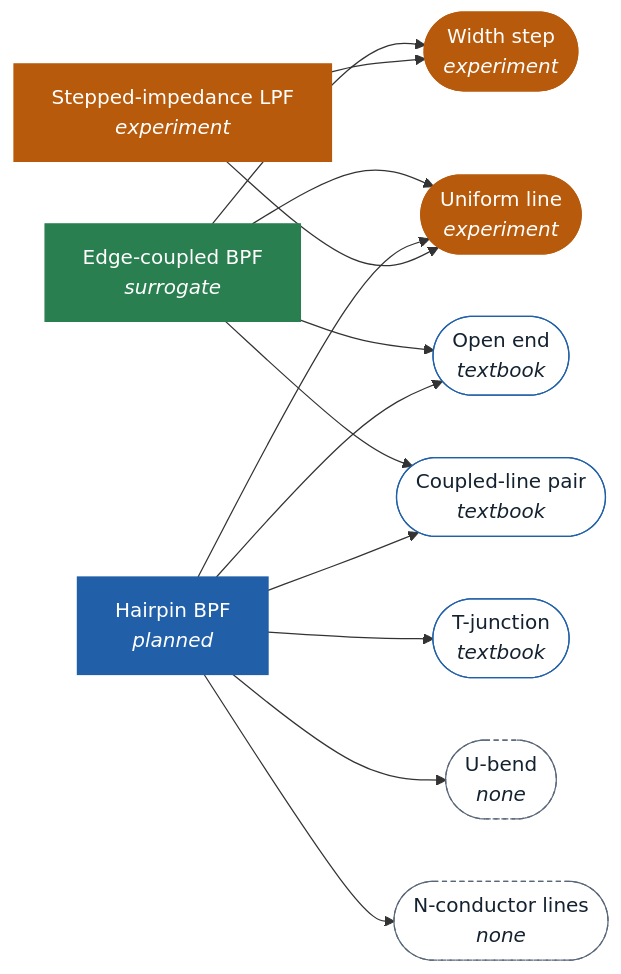
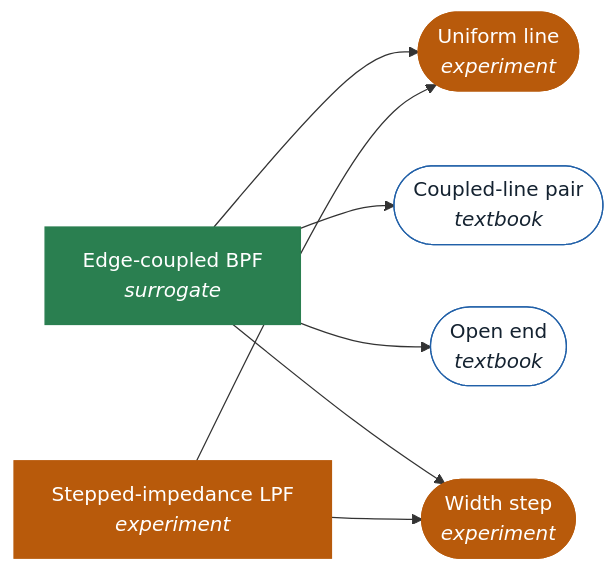
The diagram in docs/COVERAGE.md (benjhardy/rfsurrogates), drawn with Mermaid before and after one commit. The commit also changed other lines of this file and 13 other files, not shown here.

First line of the commit message:
Docs: mission, pilot-first v0.2, roadmap to lessons and hardware

````diff
--- a/docs/COVERAGE.md
+++ b/docs/COVERAGE.md
@@ -18,32 +18,22 @@
 ```mermaid
 flowchart LR
   edge_coupled_bpf["Edge-coupled BPF<br/><i>surrogate</i>"]:::surrogate
-  hairpin_bpf["Hairpin BPF<br/><i>planned</i>"]:::planned
   stepped_lpf["Stepped-impedance LPF<br/><i>experiment</i>"]:::experiment
   line(["Uniform line<br/><i>experiment</i>"]):::blk_experiment
   open_end(["Open end<br/><i>textbook</i>"]):::blk_textbook
   width_step(["Width step<br/><i>experiment</i>"]):::blk_experiment
-  u_bend(["U-bend<br/><i>none</i>"]):::blk_none
-  tee(["T-junction<br/><i>textbook</i>"]):::blk_textbook
   coupled_pair(["Coupled-line pair<br/><i>textbook</i>"]):::blk_textbook
-  mtl(["N-conductor lines<br/><i>none</i>"]):::blk_none
   edge_coupled_bpf --> line
   edge_coupled_bpf --> coupled_pair
   edge_coupled_bpf --> open_end
   edge_coupled_bpf --> width_step
-  hairpin_bpf --> coupled_pair
-  hairpin_bpf --> mtl
-  hairpin_bpf --> u_bend
-  hairpin_bpf --> tee
-  hairpin_bpf --> open_end
-  hairpin_bpf --> line
   stepped_lpf --> line
   stepped_lpf --> width_step
   classDef surrogate fill:#2A7F50,color:#fff,stroke:#2A7F50
   classDef planned fill:#2160A8,color:#fff,stroke:#2160A8
   classDef experiment fill:#B85A0B,color:#fff,stroke:#B85A0B
   classDef blk_learned fill:#2A7F50,color:#fff,stroke:#2A7F50
   classDef blk_experiment fill:#B85A0B,color:#fff,stroke:#B85A0B
   classDef blk_textbook fill:#fff,color:#142230,stroke:#2160A8
   classDef blk_none fill:#fff,color:#142230,stroke:#586678,stroke-dasharray:4 3
 ```
````
